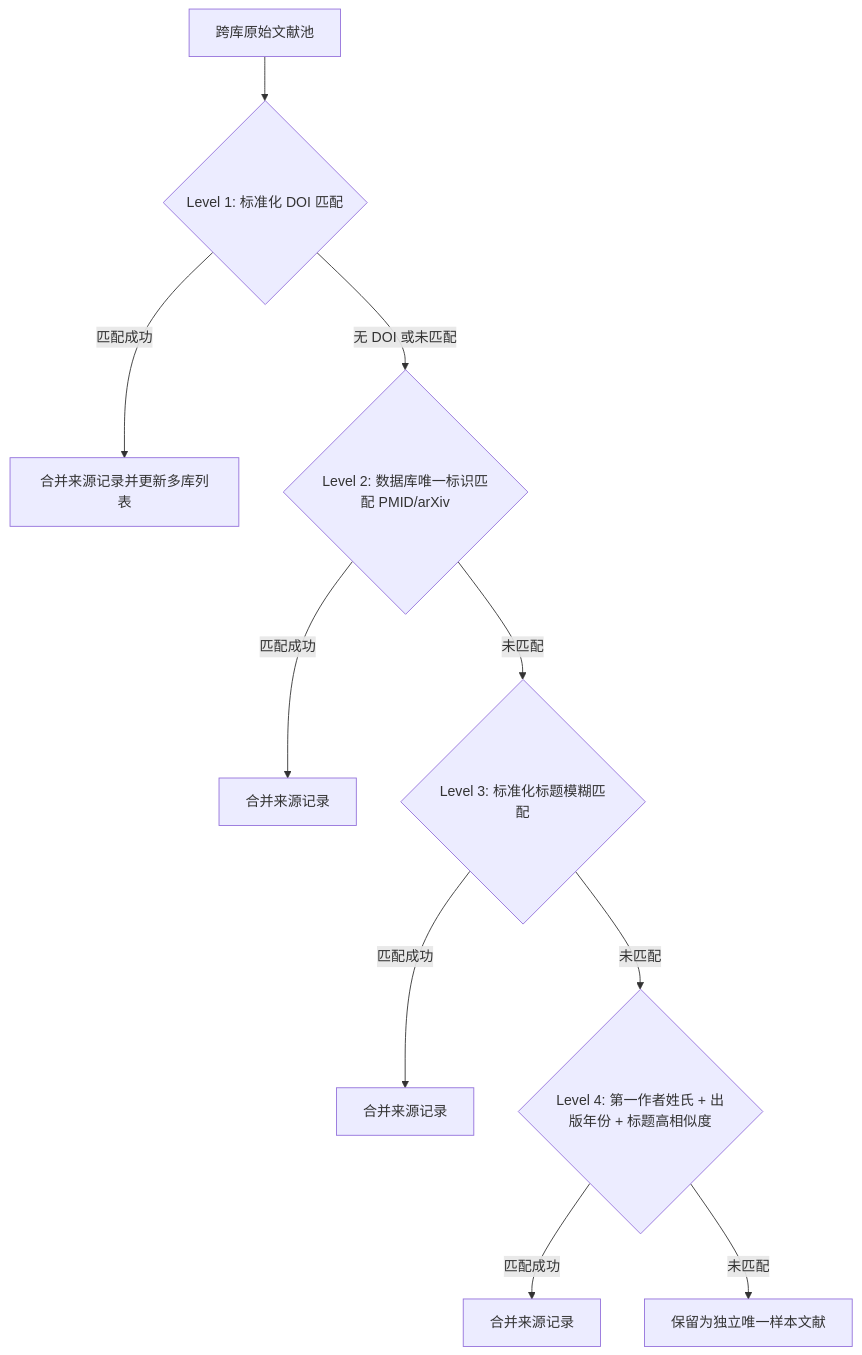
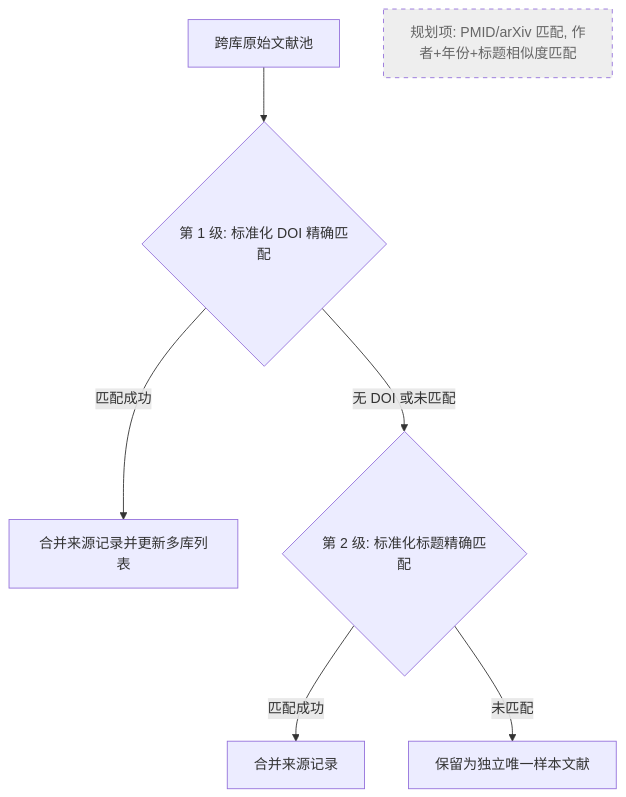
One commit to Daylily-Huang/ScholarFlow changed the diagram in skills/literature-discovery-acquisition/references/screening_and_chasing.md. Above: the diagram before and after it, drawn with Mermaid. The commit also changed other lines of this file and 26 other files, not shown here.

````diff
--- a/skills/literature-discovery-acquisition/references/screening_and_chasing.md
+++ b/skills/literature-discovery-acquisition/references/screening_and_chasing.md
@@ -7,12 +13,10 @@
 ```mermaid
 flowchart TD
-    Raw[跨库原始文献池] --> L1{Level 1: 标准化 DOI 匹配}
+    Raw[跨库原始文献池] --> L1{第 1 级: 标准化 DOI 精确匹配}
     L1 -- 匹配成功 --> Merge1[合并来源记录并更新多库列表]
-    L1 -- 无 DOI 或未匹配 --> L2{Level 2: 数据库唯一标识匹配 PMID/arXiv}
-    L2 -- 匹配成功 --> Merge2[合并来源记录]
-    L2 -- 未匹配 --> L3{Level 3: 标准化标题模糊匹配}
+    L1 -- 无 DOI 或未匹配 --> L3{第 2 级: 标准化标题精确匹配}
     L3 -- 匹配成功 --> Merge3[合并来源记录]
-    L3 -- 未匹配 --> L4{Level 4: 第一作者姓氏 + 出版年份 + 标题高相似度}
-    L4 -- 匹配成功 --> Merge4[合并来源记录]
-    L4 -- 未匹配 --> Unique[保留为独立唯一样本文献]
+    L3 -- 未匹配 --> Unique[保留为独立唯一样本文献]
+    Planned[规划项: PMID/arXiv 匹配, 作者+年份+标题相似度匹配]:::planned
+    classDef planned stroke-dasharray: 5 5,fill:#eee,color:#666
 ```
````
